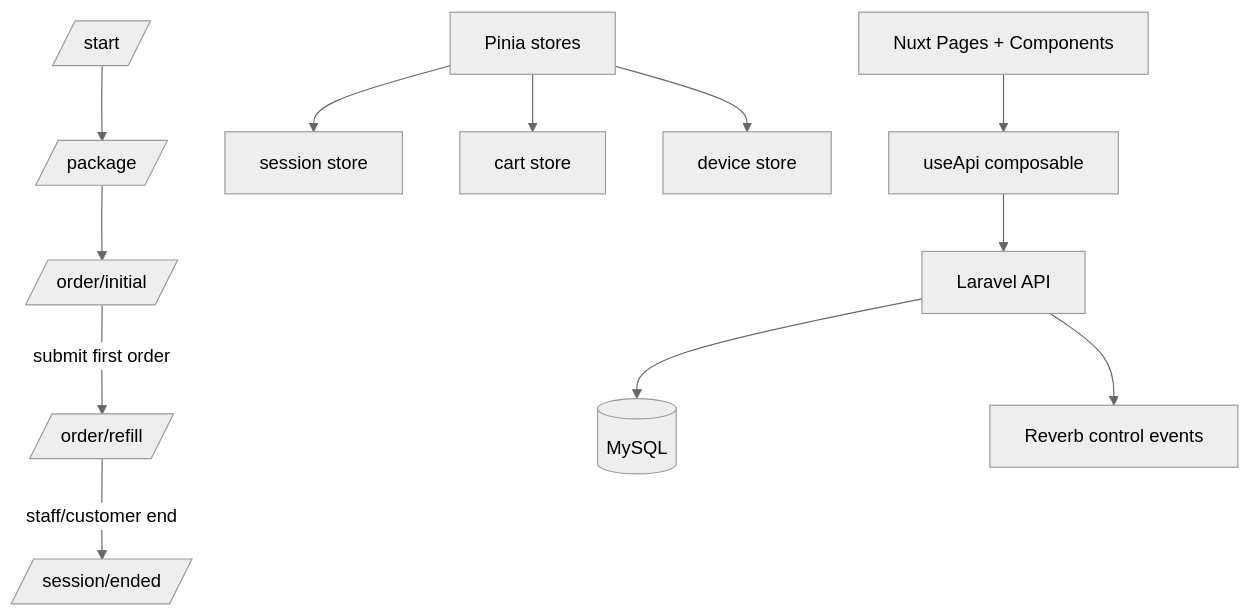
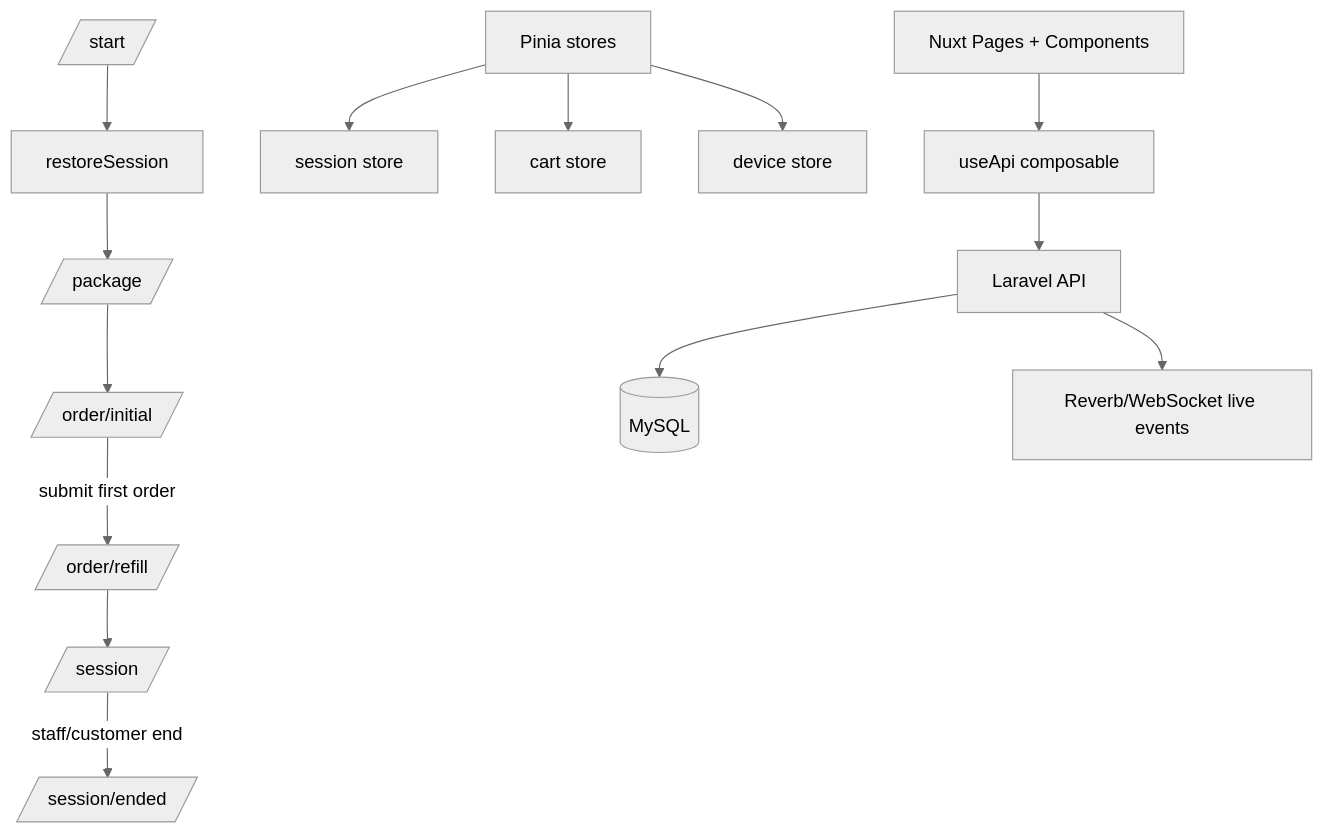
One commit to ryanpastorizadev-bit/woosoo-grillpad changed the diagram in docs/CASE_FILE.md. Above: the diagram before and after it, drawn with Mermaid (neutral theme). The commit also changed other lines of this file and 14 other files, not shown here.

First line of the commit message:
feat: add active-order print-events and realtime MVP flow support

````diff
--- a/docs/CASE_FILE.md
+++ b/docs/CASE_FILE.md
@@ -8,16 +8,18 @@
 ```mermaid
 flowchart TD
-  Start[/start/] --> Package[/package/]
+  Start[/start/] --> Restore[restoreSession]
+  Restore --> Package[/package/]
   Package --> Initial[/order/initial/]
   Initial -->|submit first order| Refill[/order/refill/]
-  Refill -->|staff/customer end| Ended[/session/ended/]
+  Refill --> Active[/session/]
+  Active -->|staff/customer end| Ended[/session/ended/]
 
   Pinia[Pinia stores] --> SessionStore[session store]
   Pinia --> CartStore[cart store]
   Pinia --> DeviceStore[device store]
 
   UI[Nuxt Pages + Components] --> API[useApi composable]
   API --> Laravel[Laravel API]
   Laravel --> MySQL[(MySQL)]
-  Laravel --> Reverb[Reverb control events]
+  Laravel --> Reverb[Reverb/WebSocket live events]
 ```
````
